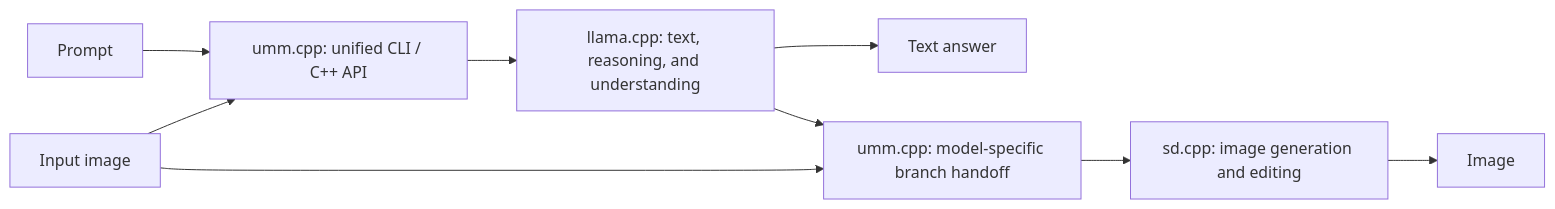
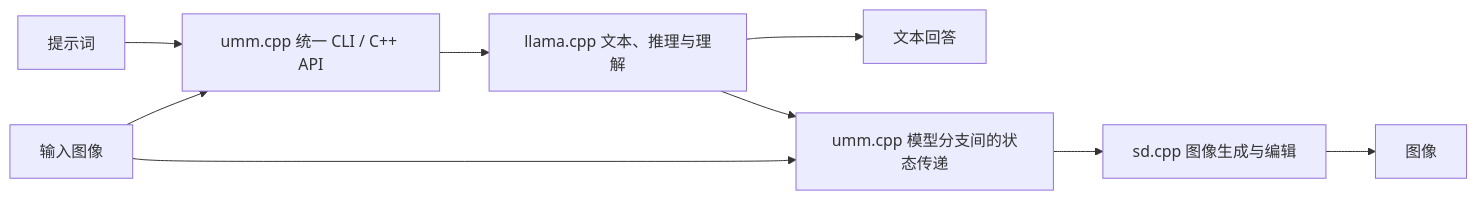
The diagram in README.md (umm4c/umm.cpp), drawn with Mermaid before and after one commit. The commit also changed other lines of this file, not shown here.

````diff
--- a/README.md
+++ b/README.md
@@ -41,11 +19,11 @@
 ```mermaid
 flowchart LR
-    P[Prompt] --> U["umm.cpp: unified CLI / C++ API"]
-    X[Input image] --> U
-    U --> L["llama.cpp: text, reasoning, and understanding"]
-    L --> T[Text answer]
-    L --> H["umm.cpp: model-specific branch handoff"]
+    P[提示词] --> U["umm.cpp 统一 CLI / C++ API"]
+    X[输入图像] --> U
+    U --> L["llama.cpp 文本、推理与理解"]
+    L --> T[文本回答]
+    L --> H["umm.cpp 模型分支间的状态传递"]
     X --> H
-    H --> S["sd.cpp: image generation and editing"]
-    S --> I[Image]
+    H --> S["sd.cpp 图像生成与编辑"]
+    S --> I[图像]
 ```
````
